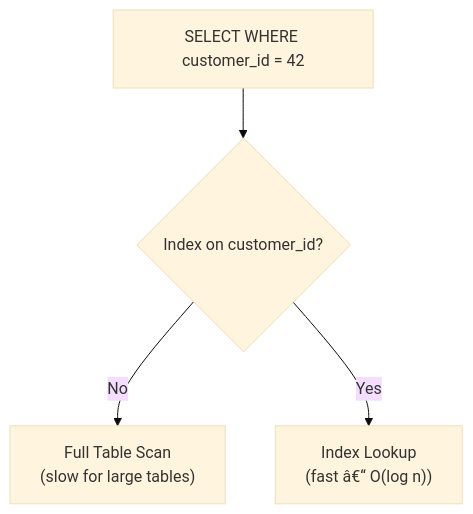
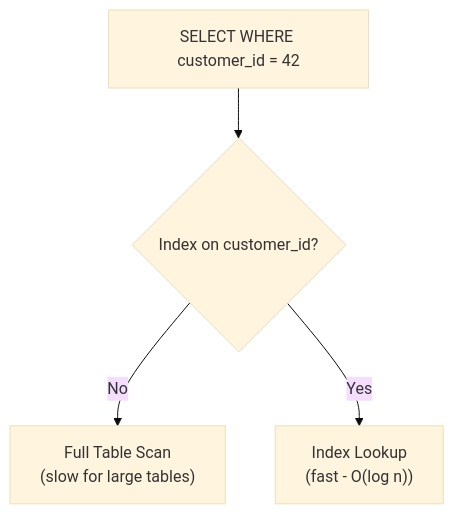
The second of 4 diagrams in sql/README.md (brijesh2501/interview-questions), drawn with Mermaid (base theme) before and after one commit. The commit also changed other lines of this file and 3 other files, not shown here.

````diff
--- a/sql/README.md
+++ b/sql/README.md
@@ -273,11 +273,11 @@
 ```mermaid
 graph TD
     Query["SELECT WHERE customer_id = 42"]
     Index{"Index on customer_id?"}
     SeqScan["Full Table Scan\n(slow for large tables)"]
-    IdxScan["Index Lookup\n(fast â€“ O(log n))"]
+    IdxScan["Index Lookup\n(fast - O(log n))"]
 
     Query --> Index
     Index -->|No| SeqScan
     Index -->|Yes| IdxScan
 ```
````
